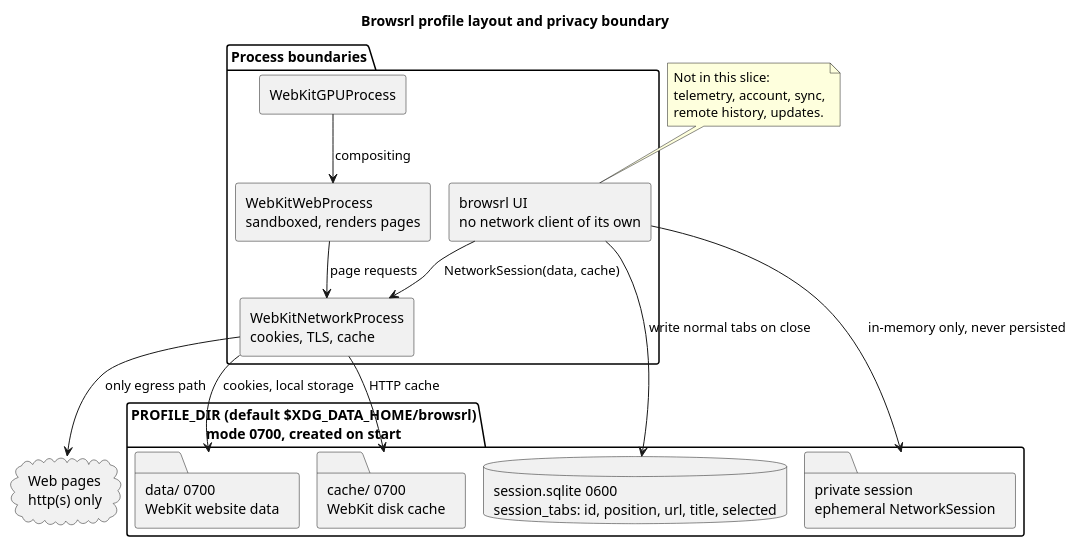
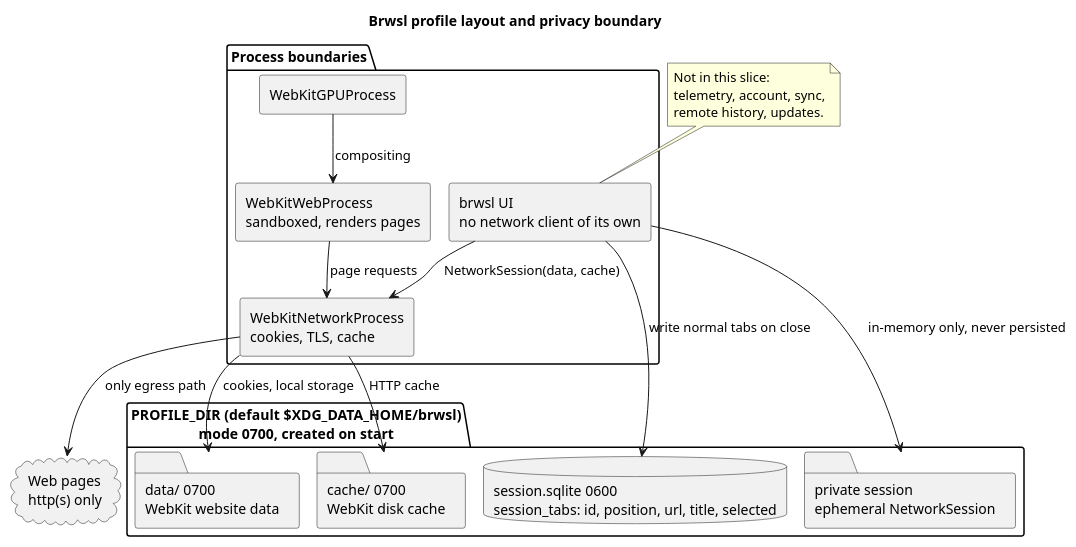
Before and after one commit to mariobgsp/browsrl: the diagram in diagrams/profile-and-privacy.puml, drawn with PlantUML. The commit also changed 37 other files, not shown here.

```diff
--- a/diagrams/profile-and-privacy.puml
+++ b/diagrams/profile-and-privacy.puml
@@ -1,34 +1,34 @@
 @startuml
 !pragma layout smetana
-title Browsrl profile layout and privacy boundary
+title Brwsl profile layout and privacy boundary
 
 skinparam componentStyle rectangle
 skinparam shadowing false
 
-folder "PROFILE_DIR (default $XDG_DATA_HOME/browsrl)\nmode 0700, created on start" as Profile {
+folder "PROFILE_DIR (default $XDG_DATA_HOME/brwsl)\nmode 0700, created on start" as Profile {
   folder "data/ 0700\nWebKit website data" as Data
   folder "cache/ 0700\nWebKit disk cache" as Cache
   database "session.sqlite 0600\nsession_tabs: id, position, url, title, selected" as Session
   folder "private session\nephemeral NetworkSession" as Private
 }
 
 package "Process boundaries" as Procs {
-  rectangle "browsrl UI\nno network client of its own" as UI
+  rectangle "brwsl UI\nno network client of its own" as UI
   rectangle "WebKitNetworkProcess\ncookies, TLS, cache" as Net
   rectangle "WebKitWebProcess\nsandboxed, renders pages" as Web
   rectangle "WebKitGPUProcess" as GPU
 }
 
 cloud "Web pages\nhttp(s) only" as Internet
 note "Not in this slice:\ntelemetry, account, sync,\nremote history, updates." as None
 
 UI --> Session : write normal tabs on close
 UI --> Private : in-memory only, never persisted
 UI --> Net : NetworkSession(data, cache)
 Net --> Data : cookies, local storage
 Net --> Cache : HTTP cache
 Web --> Net : page requests
 Net --> Internet : only egress path
 GPU --> Web : compositing
 None ..> UI : "no code path"
 @enduml
```
